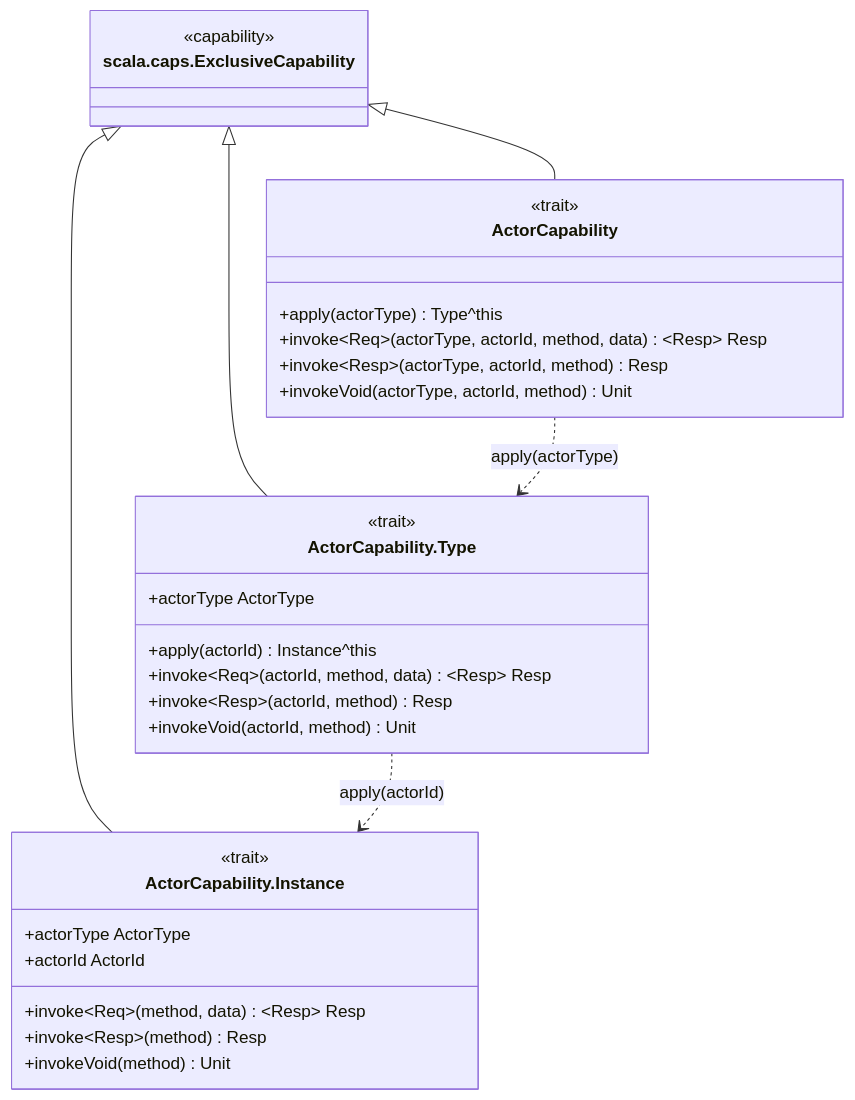
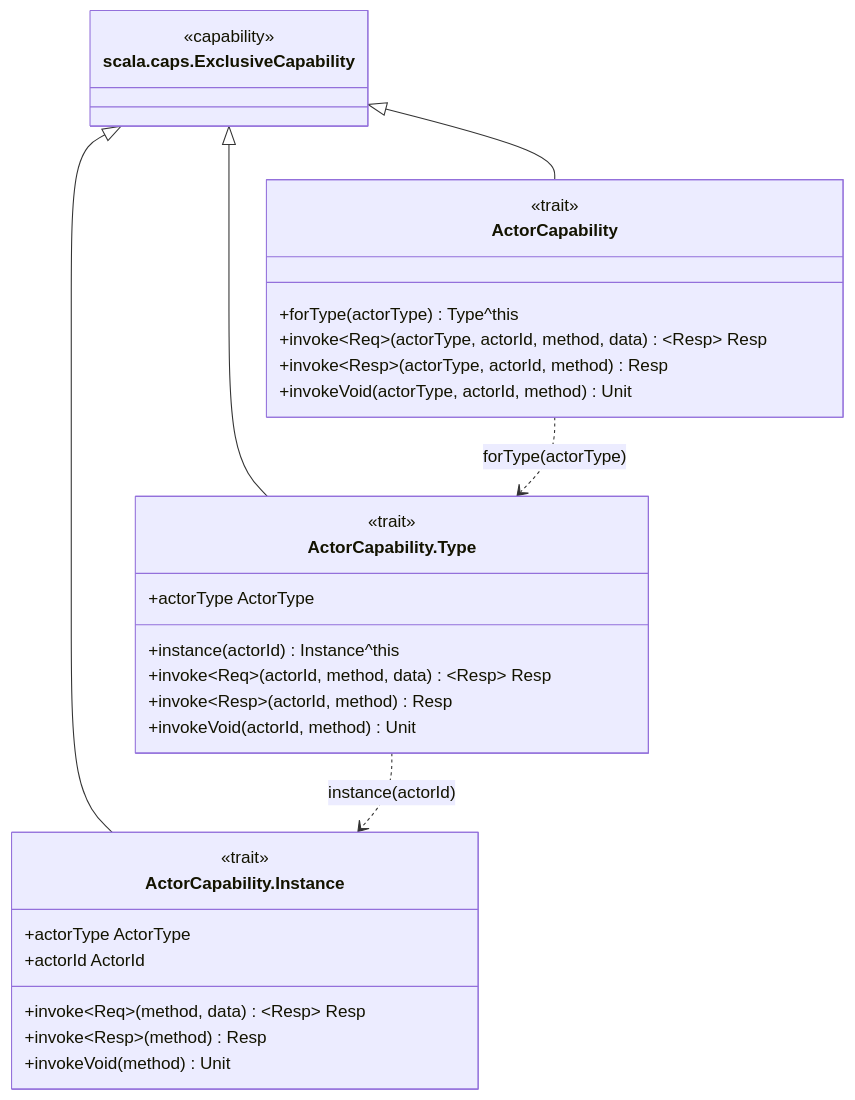
Before and after one commit to sideeffffect/dapr4s: diagram 13 of 15 in docs/CAPABILITY-HIERARCHY.md, drawn with Mermaid. The commit also changed other lines of this file and 26 other files, not shown here.

Commit message:
docs: instance(name)/forType narrowing in scaladoc, docs and spec

````diff
--- a/docs/CAPABILITY-HIERARCHY.md
+++ b/docs/CAPABILITY-HIERARCHY.md
@@ -497,36 +497,36 @@
 ```mermaid
 classDiagram
     direction TB
     class ExclusiveCapability["scala.caps.ExclusiveCapability"]
     <<capability>> ExclusiveCapability
 
     class ActorCapability {
         <<trait>>
-        +apply(actorType) Type^this
+        +forType(actorType) Type^this
         +invoke~Req~(actorType, actorId, method, data)~Resp~ Resp
         +invoke~Resp~(actorType, actorId, method) Resp
         +invokeVoid(actorType, actorId, method) Unit
     }
 
     class ActorCapability_Type["ActorCapability.Type"]
     <<trait>> ActorCapability_Type
     ActorCapability_Type : +actorType ActorType
-    ActorCapability_Type : +apply(actorId) Instance^this
+    ActorCapability_Type : +instance(actorId) Instance^this
     ActorCapability_Type : +invoke~Req~(actorId, method, data)~Resp~ Resp
     ActorCapability_Type : +invoke~Resp~(actorId, method) Resp
     ActorCapability_Type : +invokeVoid(actorId, method) Unit
 
     class ActorCapability_Instance["ActorCapability.Instance"]
     <<trait>> ActorCapability_Instance
     ActorCapability_Instance : +actorType ActorType
     ActorCapability_Instance : +actorId ActorId
     ActorCapability_Instance : +invoke~Req~(method, data)~Resp~ Resp
     ActorCapability_Instance : +invoke~Resp~(method) Resp
     ActorCapability_Instance : +invokeVoid(method) Unit
 
     ExclusiveCapability <|-- ActorCapability
     ExclusiveCapability <|-- ActorCapability_Type
     ExclusiveCapability <|-- ActorCapability_Instance
-    ActorCapability ..> ActorCapability_Type : apply(actorType)
-    ActorCapability_Type ..> ActorCapability_Instance : apply(actorId)
+    ActorCapability ..> ActorCapability_Type : forType(actorType)
+    ActorCapability_Type ..> ActorCapability_Instance : instance(actorId)
 ```
````
